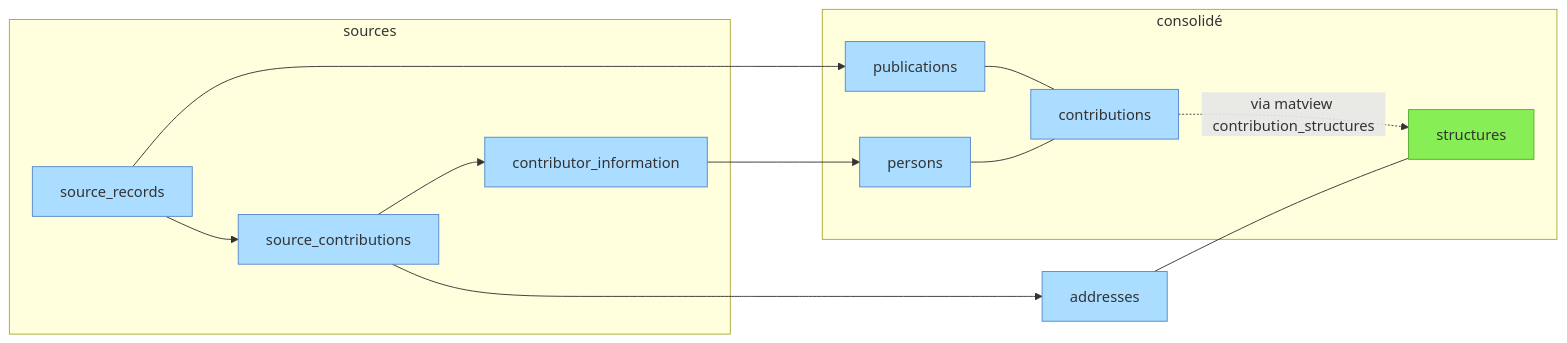
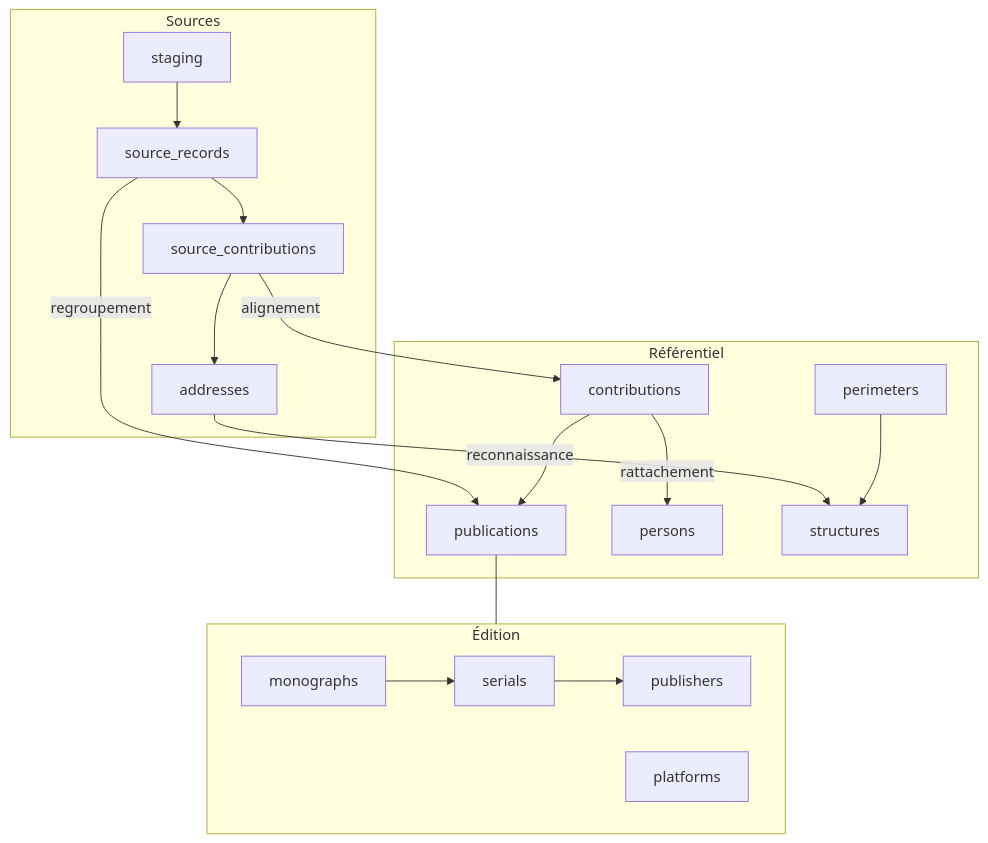
One commit to Y33sha/bibliometrie-uca changed the diagram in docs/donnees/01-vue-d-ensemble.md. Above: the diagram before and after it, drawn with Mermaid. The commit also changed other lines of this file and 3 other files, not shown here.

````diff
--- a/docs/donnees/01-vue-d-ensemble.md
+++ b/docs/donnees/01-vue-d-ensemble.md
@@ -42,22 +16,26 @@
 ```mermaid
-flowchart LR
-    subgraph sources
-        source_records-->source_contributions
-        source_contributions-->contributor_information
+flowchart TB
+    subgraph sources["Sources"]
+        staging --> source_records --> source_contributions
+        source_contributions --> addresses
     end
-    subgraph consolidé
-        publications---contributions
-        persons---contributions
-        contributions-.->|via matview contribution_structures|structures
-
+    subgraph referentiel["Référentiel"]
+        publications
+        contributions
+        persons
+        structures
+        perimeters
     end
-    source_contributions-->addresses
-    source_records--->publications
-    contributor_information--->persons
-    addresses---structures
-
-    classDef manuel  fill:#8e5,stroke:#5a3
-    classDef auto fill:#adf,stroke:#58c
-    class structures manuel;
-    class source_contributions,source_records,publications,contributions,persons,addresses,contributor_information auto
+    subgraph edition["Édition"]
+        serials --> publishers
+        monographs --> serials
+        platforms
+    end
+    source_records -->|regroupement| publications
+    source_contributions -->|alignement| contributions
+    contributions --> publications
+    contributions -->|rattachement| persons
+    addresses -->|reconnaissance| structures
+    perimeters --> structures
+    publications --- edition
 ```
````
